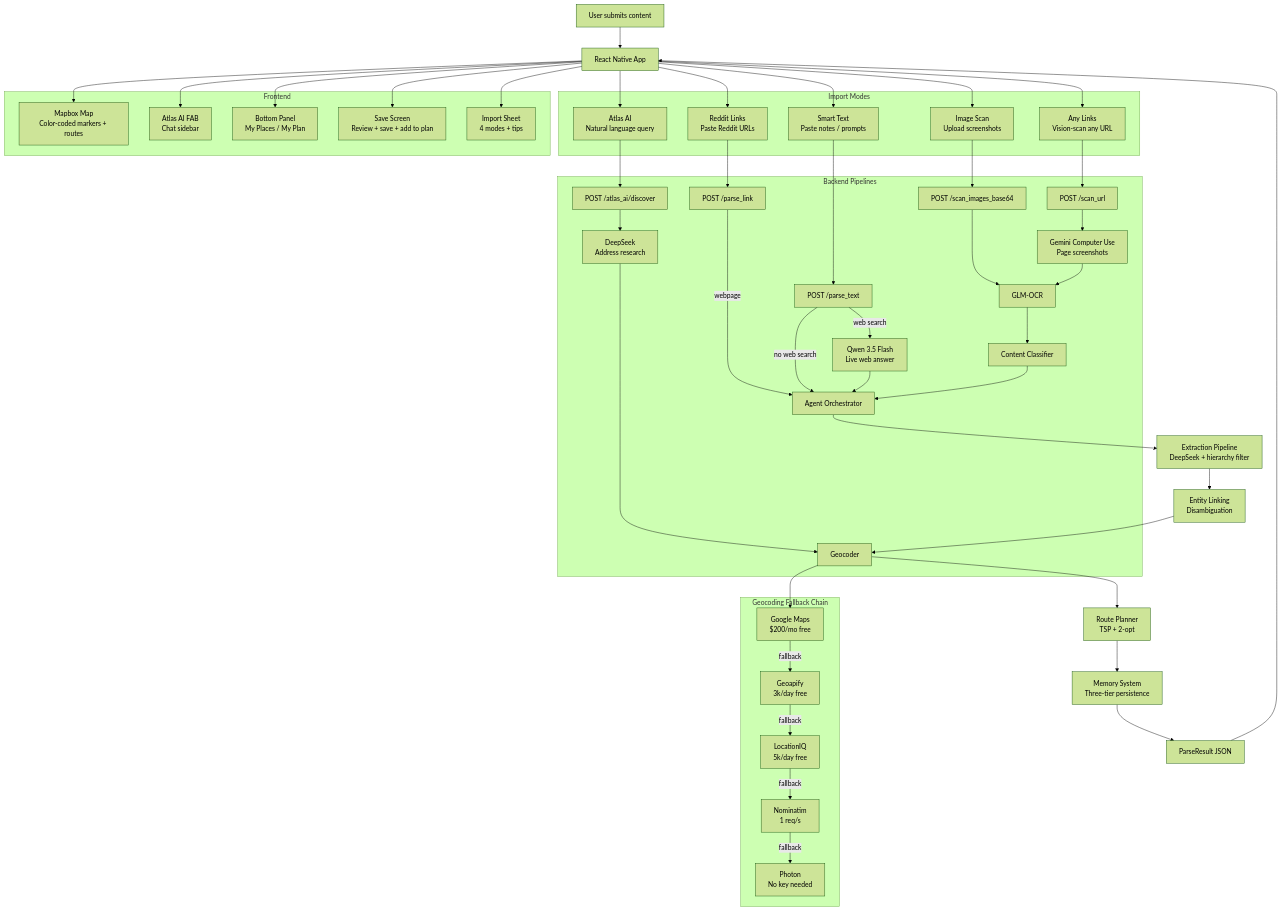
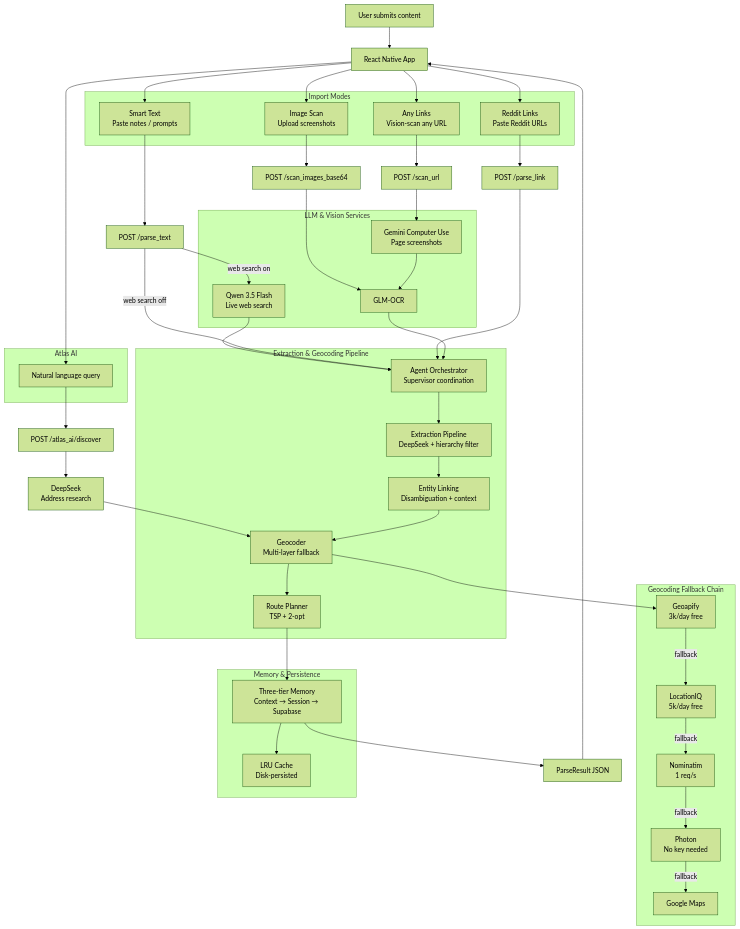
Before and after one commit to zjwang168/atlas-mobile: the first of 2 diagrams in README.md, drawn with Mermaid (forest theme). The commit also changed other lines of this file, not shown here.

````diff
--- a/README.md
+++ b/README.md
@@ -13,74 +13,81 @@
 ```mermaid
 graph TD
     User[User submits content] --> App[React Native App]
 
     subgraph "Import Modes"
         ST[Smart Text<br/>Paste notes / prompts]
         IS[Image Scan<br/>Upload screenshots]
         RL[Reddit Links<br/>Paste Reddit URLs]
         AL[Any Links<br/>Vision-scan any URL]
-        AD[Atlas AI<br/>Natural language query]
+    end
+
+    subgraph "Atlas AI"
+        AA[Natural language query]
     end
 
     App --> ST
     App --> IS
     App --> RL
     App --> AL
-    App --> AD
+    App --> AA
 
     RL --> PL[POST /parse_link]
     ST --> PT[POST /parse_text]
     IS --> SI[POST /scan_images_base64]
     AL --> SU[POST /scan_url]
-    AD --> DA[POST /atlas_ai/discover]
+    AA --> DA[POST /atlas_ai/discover]
 
-    subgraph "Backend Pipelines"
-        PL --> |webpage| ORCH[Agent Orchestrator]
-        PT --> |no web search| ORCH
-        PT --> |web search| QW[Qwen 3.5 Flash<br/>Live web answer]
-        QW --> ORCH
-
-        SI --> OCR[GLM-OCR]
-        SU --> GCU[Gemini Computer Use<br/>Page screenshots]
-        GCU --> OCR
-        OCR --> CL[Content Classifier]
-        CL --> ORCH
-
-        DA --> DS[DeepSeek<br/>Address research]
-        DS --> GEO[Geocoder]
+    subgraph "LLM & Vision Services"
+        QW[Qwen 3.5 Flash<br/>Live web search]
+        GCU[Gemini Computer Use<br/>Page screenshots]
+        OCR[GLM-OCR]
     end
 
-    ORCH --> EX[Extraction Pipeline<br/>DeepSeek + hierarchy filter]
-    EX --> EL[Entity Linking<br/>Disambiguation]
+    subgraph "Extraction & Geocoding Pipeline"
+        ORCH[Agent Orchestrator<br/>Supervisor coordination]
+        EX[Extraction Pipeline<br/>DeepSeek + hierarchy filter]
+        EL[Entity Linking<br/>Disambiguation + context]
+        GEO[Geocoder<br/>Multi-layer fallback]
+        RT[Route Planner<br/>TSP + 2-opt]
+    end
+
+    PT -->|web search on| QW
+    QW --> ORCH
+    PT -->|web search off| ORCH
+    PL --> ORCH
+
+    SI --> OCR
+    SU --> GCU
+    GCU --> OCR
+    OCR --> ORCH
+
+    DA --> DS[DeepSeek<br/>Address research]
+    DS --> GEO
+
+    ORCH --> EX
+    EX --> EL
     EL --> GEO
-    GEO --> RT[Route Planner<br/>TSP + 2-opt]
-    RT --> MEM[Memory System<br/>Three-tier persistence]
-    MEM --> RESP[ParseResult JSON]
-
-    RESP --> App
+    GEO --> RT
 
     subgraph "Geocoding Fallback Chain"
-        G1[Google Maps<br/>$200/mo free]
-        G2[Geoapify<br/>3k/day free]
-        G3[LocationIQ<br/>5k/day free]
-        G4[Nominatim<br/>1 req/s]
-        G5[Photon<br/>No key needed]
+        G1[Geoapify<br/>3k/day free]
+        G2[LocationIQ<br/>5k/day free]
+        G3[Nominatim<br/>1 req/s]
+        G4[Photon<br/>No key needed]
+        G5[Google Maps]
         G1 -->|fallback| G2 -->|fallback| G3 -->|fallback| G4 -->|fallback| G5
     end
 
     GEO --> G1
 
-    subgraph "Frontend"
-        MAP[Mapbox Map<br/>Color-coded markers + routes]
-        FAB[Atlas AI FAB<br/>Chat sidebar]
-        BOTTOM[Bottom Panel<br/>My Places / My Plan]
-        SAVE[Save Screen<br/>Review + save + add to plan]
-        IMPORT[Import Sheet<br/>4 modes + tips]
+    subgraph "Memory & Persistence"
+        MEM[Three-tier Memory<br/>Context → Session → Supabase]
+        CACHE[LRU Cache<br/>Disk-persisted]
     end
 
-    App --> IMPORT
-    App --> MAP
-    App --> SAVE
-    App --> FAB
-    App --> BOTTOM
+    RT --> MEM
+    MEM --> RESP[ParseResult JSON]
+    MEM --> CACHE
+
+    RESP --> App
 ```
````
